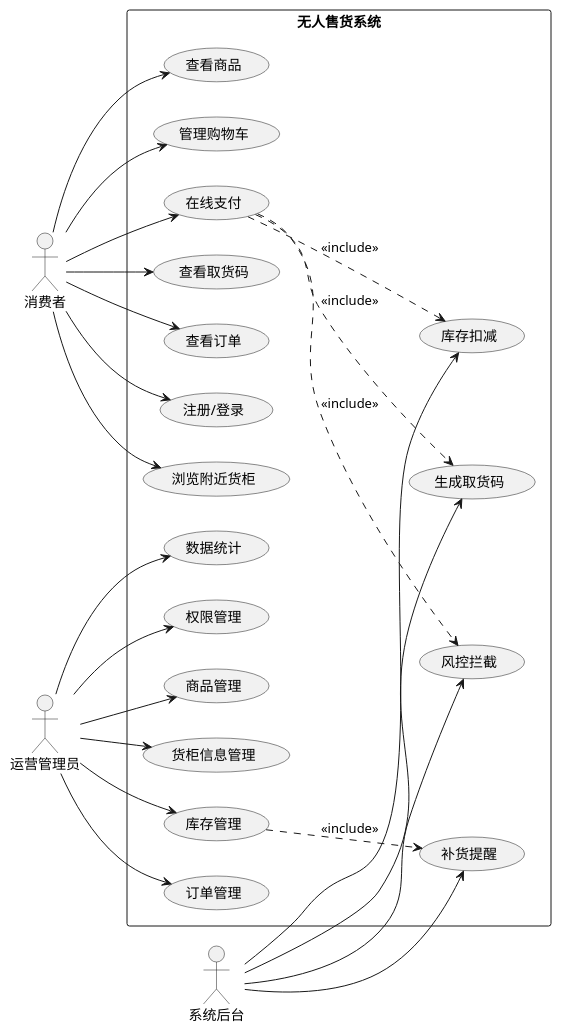
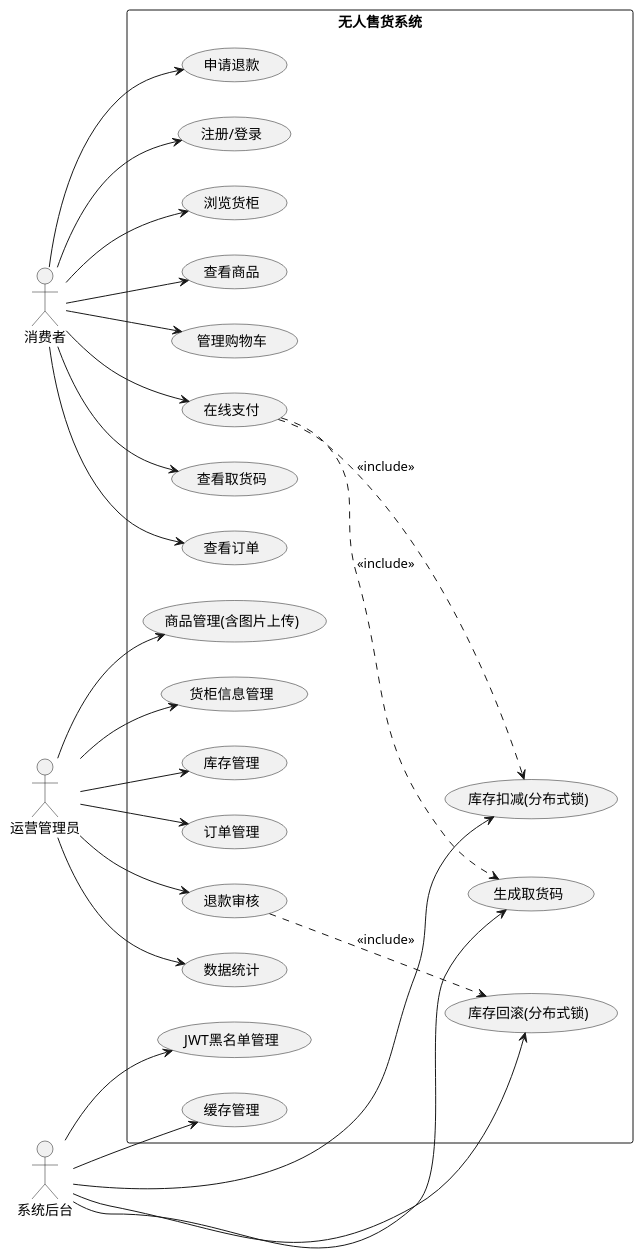
The second of 6 diagrams in docs/无人售货系统-完整报告.md (kaiyixing/Unmanned-vending-system), drawn with PlantUML before and after one commit. The commit also changed other lines of this file and 3 other files, not shown here.

````diff
--- a/docs/无人售货系统-完整报告.md
+++ b/docs/无人售货系统-完整报告.md
@@ -609,57 +798,60 @@
 ```plantuml
 @startuml
 left to right direction
 skinparam packageStyle rectangle
 
 actor "消费者" as Consumer
 actor "运营管理员" as Admin
 actor "系统后台" as System
 
 rectangle "无人售货系统" {
     usecase "注册/登录" as UC1
-    usecase "浏览附近货柜" as UC2
+    usecase "浏览货柜" as UC2
     usecase "查看商品" as UC3
     usecase "管理购物车" as UC4
     usecase "在线支付" as UC5
     usecase "查看取货码" as UC6
     usecase "查看订单" as UC7
+    usecase "申请退款" as UC8
 
-    usecase "商品管理" as UC8
-    usecase "货柜信息管理" as UC9
-    usecase "库存管理" as UC10
-    usecase "订单管理" as UC11
-    usecase "数据统计" as UC12
-    usecase "权限管理" as UC13
+    usecase "商品管理(含图片上传)" as UC9
+    usecase "货柜信息管理" as UC10
+    usecase "库存管理" as UC11
+    usecase "订单管理" as UC12
+    usecase "退款审核" as UC13
+    usecase "数据统计" as UC14
 
-    usecase "库存扣减" as UC14
-    usecase "生成取货码" as UC15
-    usecase "风控拦截" as UC16
-    usecase "补货提醒" as UC17
+    usecase "库存扣减(分布式锁)" as UC15
+    usecase "库存回滚(分布式锁)" as UC16
+    usecase "生成取货码" as UC17
+    usecase "缓存管理" as UC18
+    usecase "JWT黑名单管理" as UC19
 }
 
 Consumer --> UC1
 Consumer --> UC2
 Consumer --> UC3
 Consumer --> UC4
 Consumer --> UC5
 Consumer --> UC6
 Consumer --> UC7
+Consumer --> UC8
 
-Admin --> UC8
 Admin --> UC9
 Admin --> UC10
 Admin --> UC11
 Admin --> UC12
 Admin --> UC13
+Admin --> UC14
 
-UC5 ..> UC14 : <<include>>
 UC5 ..> UC15 : <<include>>
-UC5 ..> UC16 : <<include>>
-UC10 ..> UC17 : <<include>>
-System --> UC14
+UC5 ..> UC17 : <<include>>
+UC13 ..> UC16 : <<include>>
 System --> UC15
 System --> UC16
 System --> UC17
+System --> UC18
+System --> UC19
 
 @enduml
 ```
````
